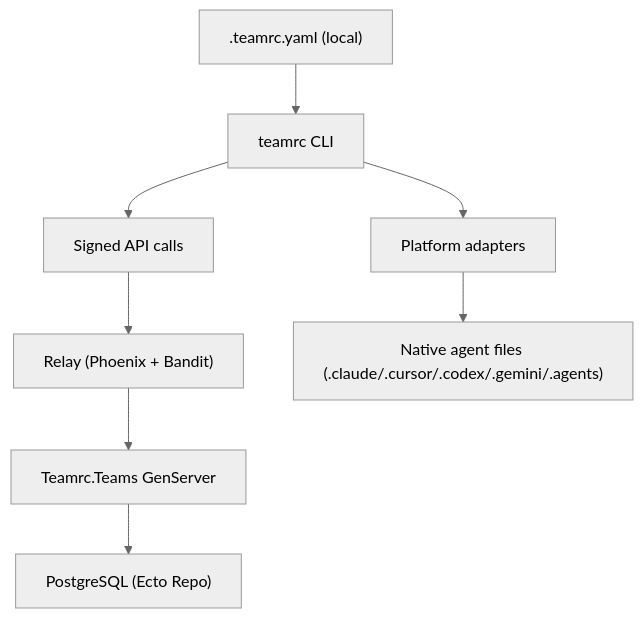
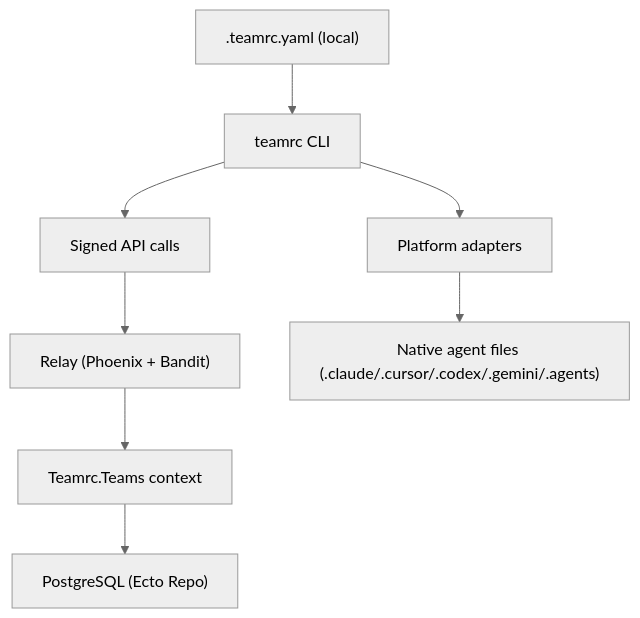
Before and after one commit to teamrc-ai/teamrc: the diagram in docs/architecture.md, drawn with Mermaid (neutral theme). The commit also changed other lines of this file and 4 other files, not shown here.

First line of the commit message:
refactor: convert Teams from GenServer to plain context module

````diff
--- a/docs/architecture.md
+++ b/docs/architecture.md
@@ -14,10 +14,10 @@
 ```mermaid
 flowchart TD
   A[".teamrc.yaml (local)"] --> B["teamrc CLI"]
   B --> C["Signed API calls"]
   C --> D["Relay (Phoenix + Bandit)"]
-  D --> E["Teamrc.Teams GenServer"]
+  D --> E["Teamrc.Teams context"]
   E --> F["PostgreSQL (Ecto Repo)"]
   B --> G["Platform adapters"]
   G --> H["Native agent files (.claude/.cursor/.codex/.gemini/.agents)"]
 ```
````
